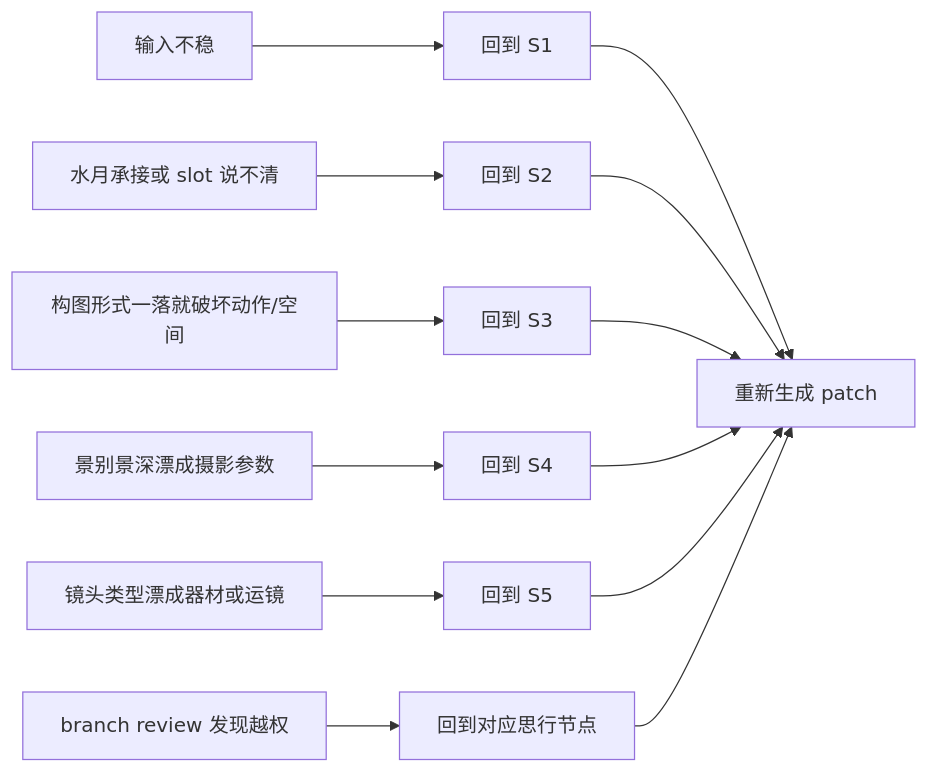
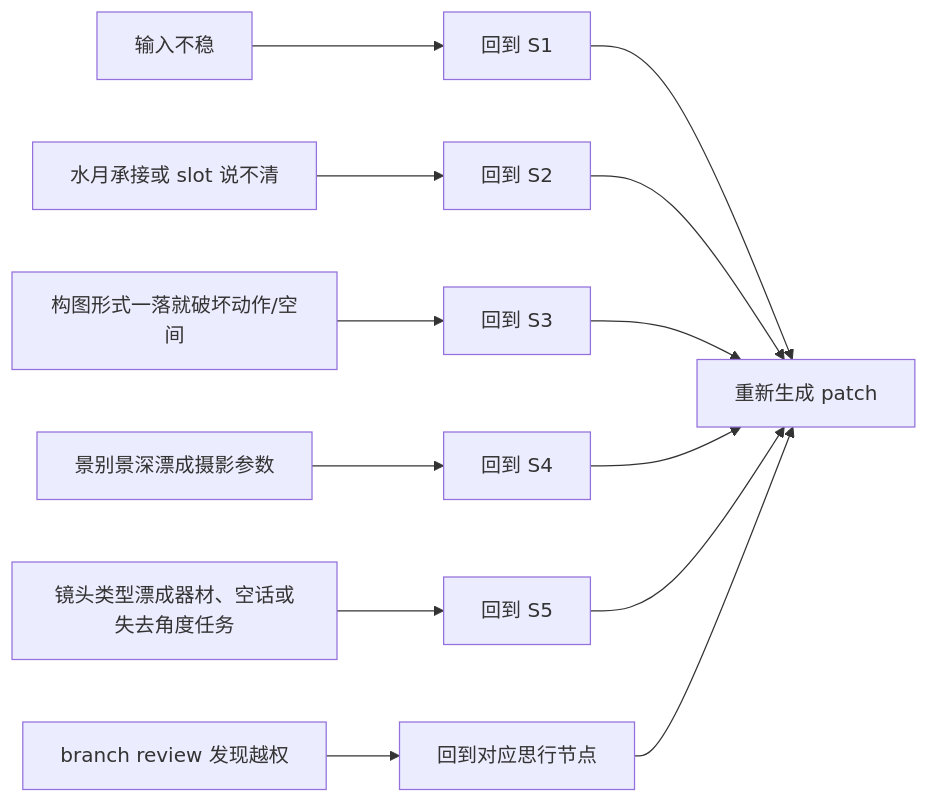
Before and after one commit to ZEN-VOID/AI-CUT: the second of 3 diagrams in .agents/skills/aigc/3-Detail/2-镜花/1-分镜构图/SKILL.md, drawn with Mermaid. The commit also changed other lines of this file and 266 other files, not shown here.

````diff
--- a/.agents/skills/aigc/3-Detail/2-镜花/1-分镜构图/SKILL.md
+++ b/.agents/skills/aigc/3-Detail/2-镜花/1-分镜构图/SKILL.md
@@ -83,15 +84,15 @@
 ```mermaid
 flowchart LR
     A["输入不稳"] --> R1["回到 S1"]
     B["水月承接或 slot 说不清"] --> R2["回到 S2"]
     C["构图形式一落就破坏动作/空间"] --> R3["回到 S3"]
     D["景别景深漂成摄影参数"] --> R4["回到 S4"]
-    E["镜头类型漂成器材或运镜"] --> R5["回到 S5"]
+    E["镜头类型漂成器材、空话或失去角度任务"] --> R5["回到 S5"]
     F["branch review 发现越权"] --> R6["回到对应思行节点"]
     R1 --> Z["重新生成 patch"]
     R2 --> Z
     R3 --> Z
     R4 --> Z
     R5 --> Z
     R6 --> Z
 ```
````
